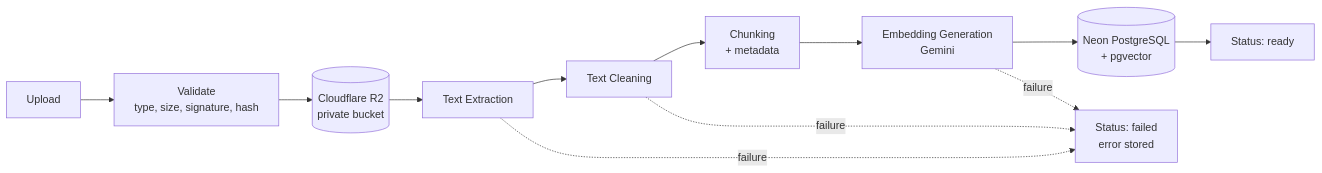
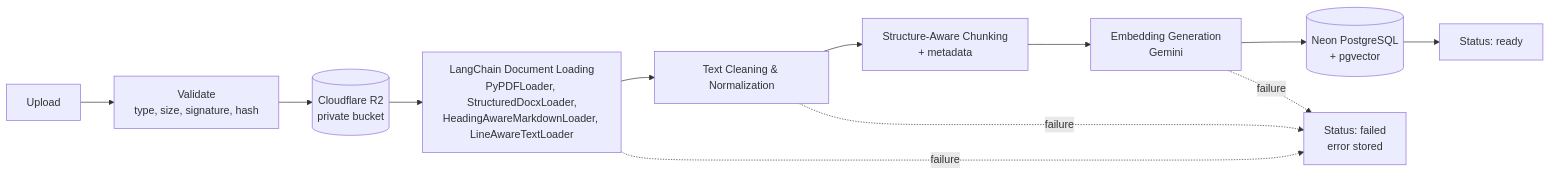
Before and after one commit to aditya-chaudhary18/Support-Docs-Copilot: the third of 5 diagrams in PRD.md, drawn with Mermaid. The commit also changed other lines of this file and 21 other files, not shown here.

Commit message:
feat(auth): complete Google Sign-In UI refinement, LangChain loaders, and production checks

````diff
--- a/PRD.md
+++ b/PRD.md
@@ -1639,14 +1654,14 @@
 ```mermaid
 flowchart LR
     A[Upload] --> B[Validate<br/>type, size, signature, hash]
     B --> C[(Cloudflare R2<br/>private bucket)]
-    C --> D[Text Extraction]
-    D --> E[Text Cleaning]
-    E --> F[Chunking<br/>+ metadata]
+    C --> D[LangChain Document Loading<br/>PyPDFLoader, StructuredDocxLoader,<br/>HeadingAwareMarkdownLoader, LineAwareTextLoader]
+    D --> E[Text Cleaning & Normalization]
+    E --> F[Structure-Aware Chunking<br/>+ metadata]
     F --> G[Embedding Generation<br/>Gemini]
     G --> H[(Neon PostgreSQL<br/>+ pgvector)]
     H --> I[Status: ready]
     D -. failure .-> X[Status: failed<br/>error stored]
     E -. failure .-> X
     G -. failure .-> X
 ```
````
